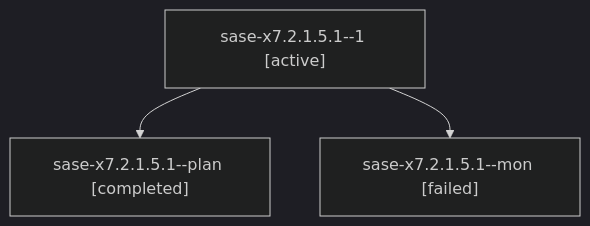
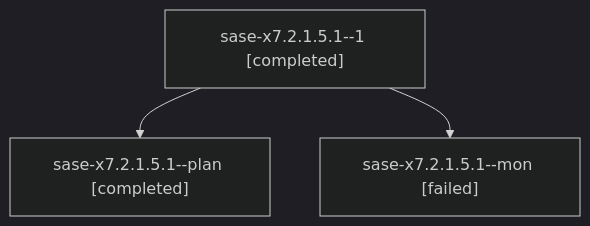
Before and after one commit to sase-org/sase--agents: the diagram in families/bbugyi200.athena.sase-x7.2.1.5.1.md, drawn with Mermaid (dark theme). The commit also changed other lines of this file and 258 other files, not shown here.

````diff
--- a/families/bbugyi200.athena.sase-x7.2.1.5.1.md
+++ b/families/bbugyi200.athena.sase-x7.2.1.5.1.md
@@ -9,8 +9,8 @@
 ```mermaid
 flowchart TD
-  n0["sase-x7.2.1.5.1--1 [active]"]
+  n0["sase-x7.2.1.5.1--1 [completed]"]
   n1["sase-x7.2.1.5.1--plan [completed]"]
   n0 --> n1
   n2["sase-x7.2.1.5.1--mon [failed]"]
   n0 --> n2
 ```
````
